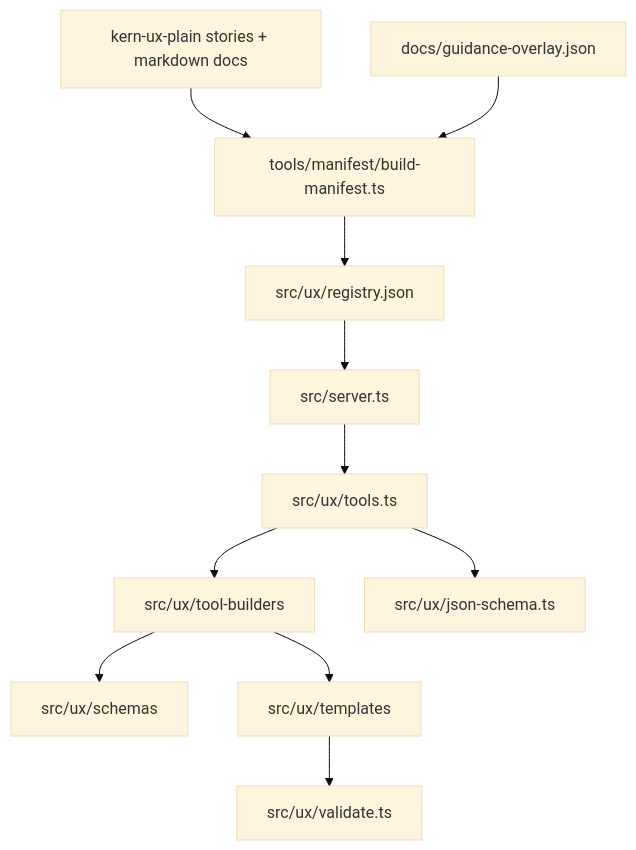
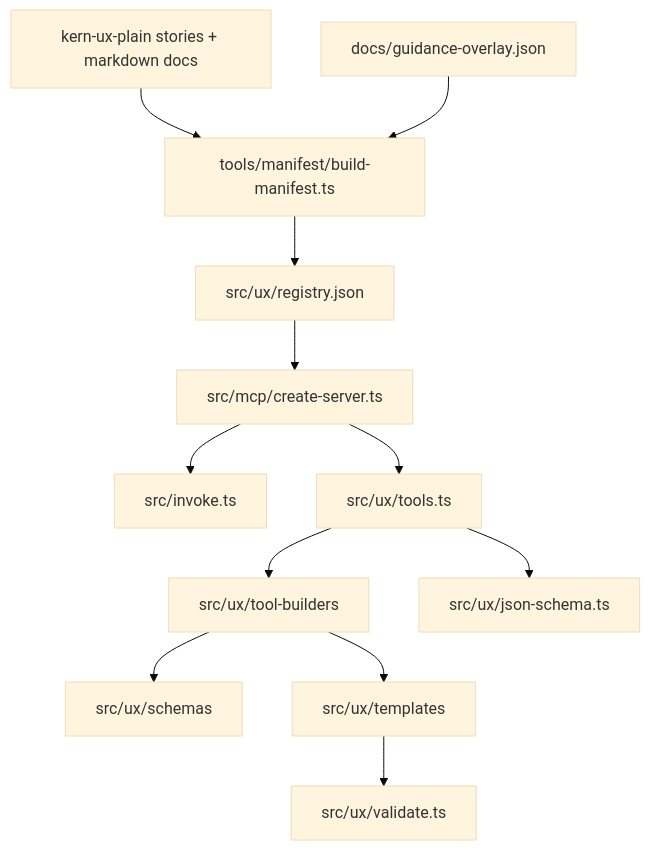
One commit to leonio/kern-ux-mcp changed the diagram in docs/codebase-guide.md. Above: the diagram before and after it, drawn with Mermaid (base theme). The commit also changed other lines of this file and 9 other files, not shown here.

````diff
--- a/docs/codebase-guide.md
+++ b/docs/codebase-guide.md
@@ -9,13 +9,14 @@
 ```mermaid
 flowchart TD
   A[kern-ux-plain stories + markdown docs] --> B[tools/manifest/build-manifest.ts]
   C[docs/guidance-overlay.json] --> B
   B --> D[src/ux/registry.json]
-  D --> E[src/server.ts]
+  D --> E[src/mcp/create-server.ts]
+  E --> P[src/invoke.ts]
   E --> F[src/ux/tools.ts]
   F --> G[src/ux/tool-builders]
   G --> H[src/ux/schemas]
   G --> I[src/ux/templates]
   F --> J[src/ux/json-schema.ts]
   I --> K[src/ux/validate.ts]
 ```
````
